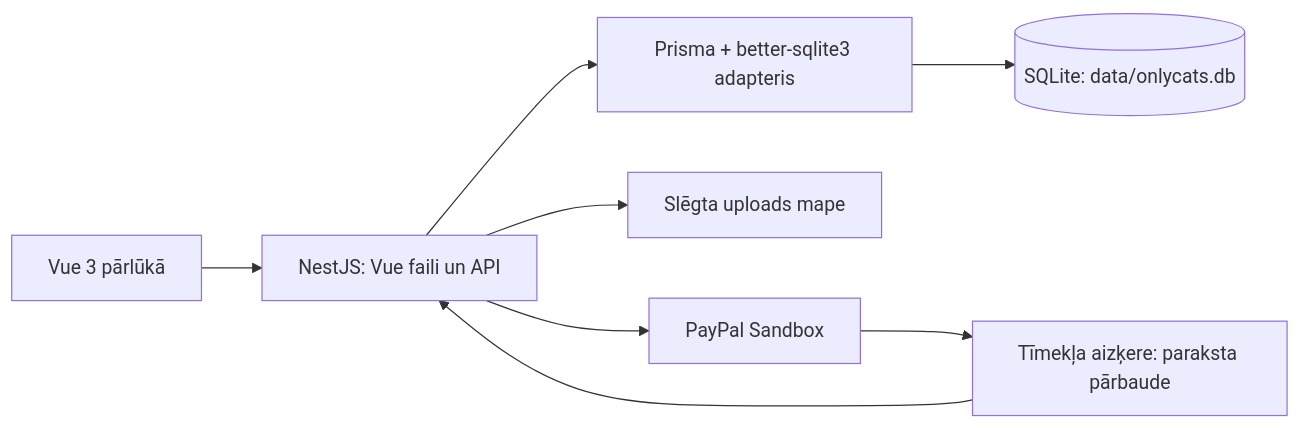
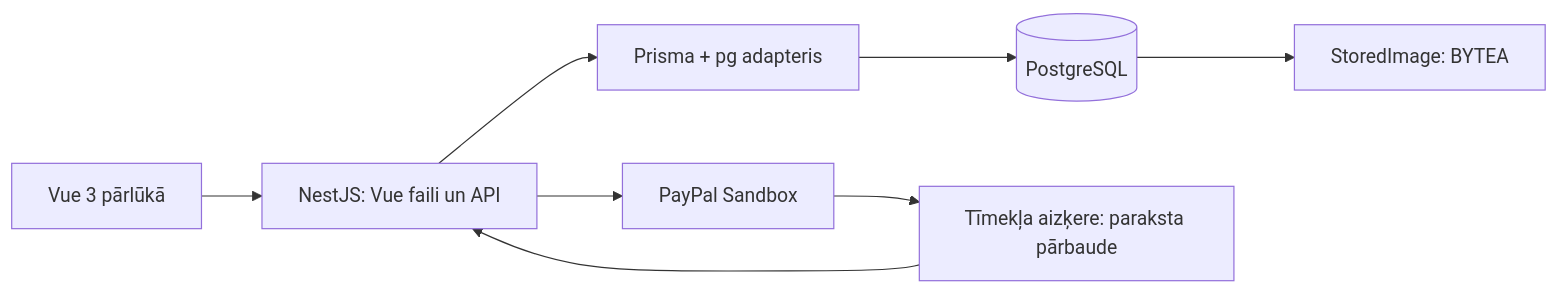
Before and after one commit to 23DP2MPels/OnlyCats: the diagram in docs/architecture.md, drawn with Mermaid. The commit also changed other lines of this file and 20 other files, not shown here.

Commit message:
feat(storage): migrate to PostgreSQL and store photos in database

````diff
--- a/docs/architecture.md
+++ b/docs/architecture.md
@@ -3,10 +3,10 @@
 ```mermaid
 flowchart LR
   Browser[Vue 3 pārlūkā] --> API[NestJS: Vue faili un API]
-  API --> ORM[Prisma + better-sqlite3 adapteris]
-  ORM --> DB[(SQLite: data/onlycats.db)]
-  API --> Files[Slēgta uploads mape]
+  API --> ORM[Prisma + pg adapteris]
+  ORM --> DB[(PostgreSQL)]
+  DB --> Images[StoredImage: BYTEA]
   API --> PayPal[PayPal Sandbox]
   PayPal --> Webhook[Tīmekļa aizķere: paraksta pārbaude]
   Webhook --> API
 ```
````
